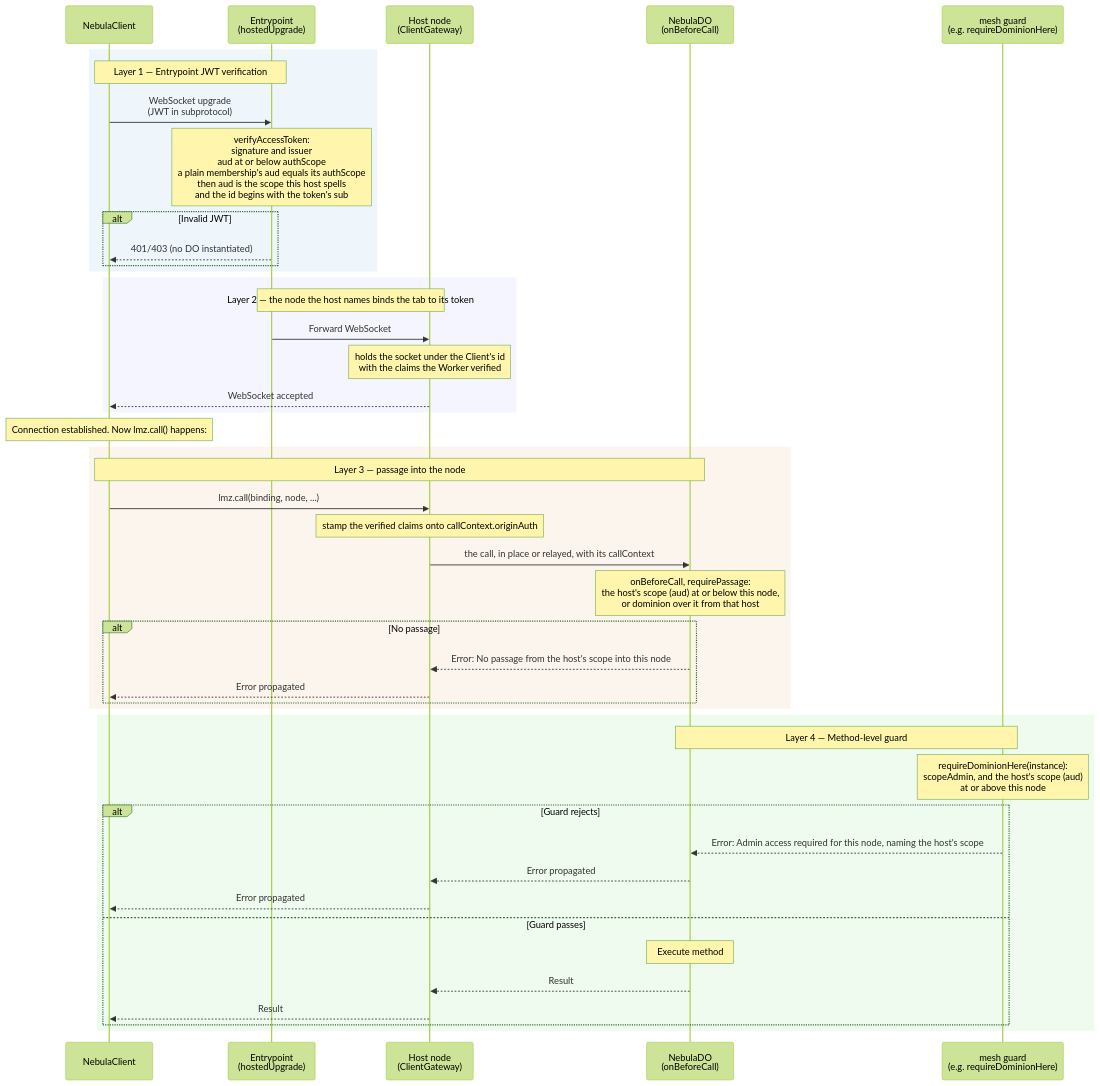
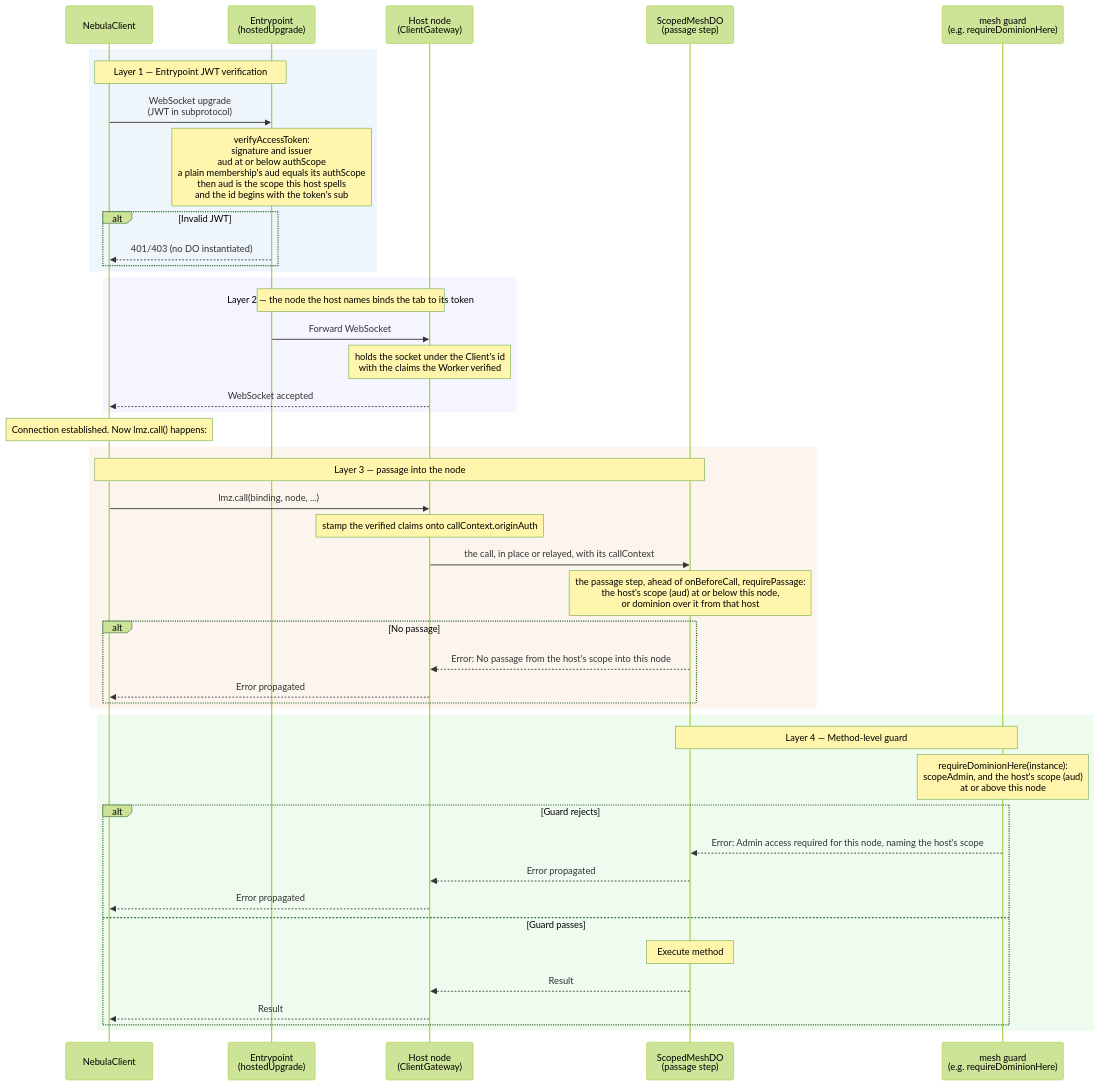
The fourth of 5 diagrams in website/docs/nebula/auth-flows.md (lumenize/lumenize), drawn with Mermaid (forest theme) before and after one commit. The commit also changed other lines of this file and 116 other files, not shown here.

````diff
--- a/website/docs/nebula/auth-flows.md
+++ b/website/docs/nebula/auth-flows.md
@@ -207,52 +207,52 @@
 ```mermaid
 sequenceDiagram
     participant C as NebulaClient
     participant EP as Entrypoint<br/>(hostedUpgrade)
     participant GW as Host node<br/>(ClientGateway)
-    participant DO as NebulaDO<br/>(onBeforeCall)
+    participant DO as ScopedMeshDO<br/>(passage step)
     participant M as mesh guard<br/>(e.g. requireDominionHere)
 
     rect rgba(200, 220, 240, 0.3)
         Note over C,EP: Layer 1 — Entrypoint JWT verification
         C->>EP: WebSocket upgrade<br/>(JWT in subprotocol)
         Note over EP: verifyAccessToken:<br/>signature and issuer<br/>aud at or below authScope<br/>a plain membership's aud equals its authScope<br/>then aud is the scope this host spells<br/>and the id begins with the token's sub
         alt Invalid JWT
             EP-->>C: 401/403 (no DO instantiated)
         end
     end
 
     rect rgba(220, 220, 255, 0.3)
         Note over EP,GW: Layer 2 — the node the host names binds the tab to its token
         EP->>GW: Forward WebSocket
         Note over GW: holds the socket under the Client's id<br/>with the claims the Worker verified
         GW-->>C: WebSocket accepted
     end
 
     Note over C: Connection established. Now lmz.call() happens:
 
     rect rgba(240, 220, 200, 0.3)
         Note over C,DO: Layer 3 — passage into the node
         C->>GW: lmz.call(binding, node, ...)
         Note over GW: stamp the verified claims onto callContext.originAuth
         GW->>DO: the call, in place or relayed, with its callContext
-        Note over DO: onBeforeCall, requirePassage:<br/>the host's scope (aud) at or below this node,<br/>or dominion over it from that host
+        Note over DO: the passage step, ahead of onBeforeCall, requirePassage:<br/>the host's scope (aud) at or below this node,<br/>or dominion over it from that host
         alt No passage
             DO-->>GW: Error: No passage from the host's scope into this node
             GW-->>C: Error propagated
         end
     end
 
     rect rgba(200, 240, 200, 0.3)
         Note over DO,M: Layer 4 — Method-level guard
         Note over M: requireDominionHere(instance):<br/>scopeAdmin, and the host's scope (aud)<br/>at or above this node
         alt Guard rejects
             M-->>DO: Error: Admin access required for this node, naming the host's scope
             DO-->>GW: Error propagated
             GW-->>C: Error propagated
         else Guard passes
             Note over DO: Execute method
             DO-->>GW: Result
             GW-->>C: Result
         end
     end
 ```
````
